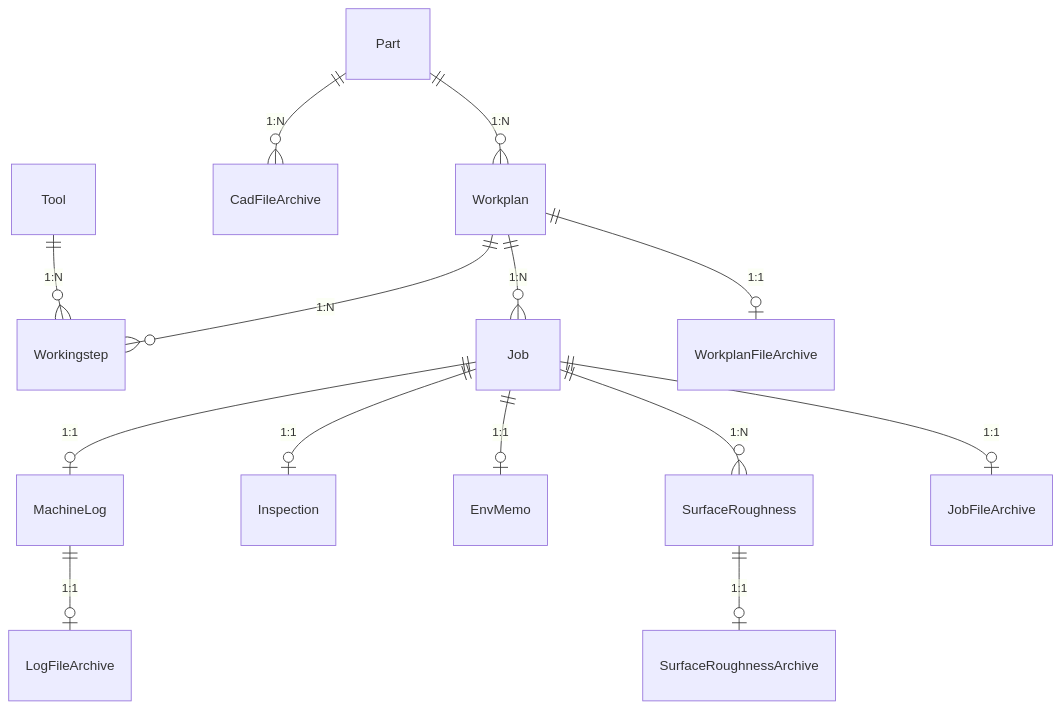
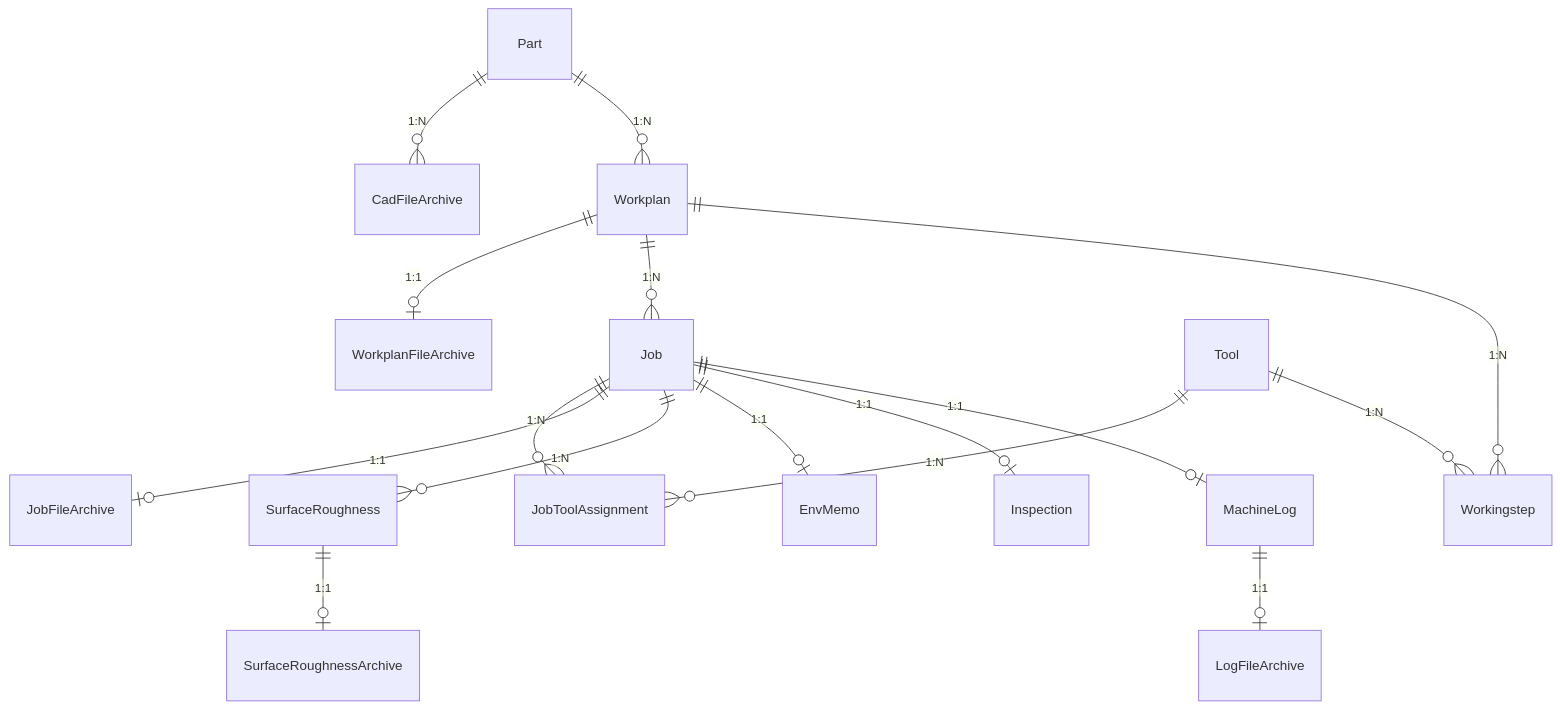
The diagram in README.md (OrcusExtreme/ManufacturingDB), drawn with Mermaid before and after one commit. The commit also changed other lines of this file and 32 other files, not shown here.

````diff
--- a/README.md
+++ b/README.md
@@ -121,16 +132,18 @@
 ```mermaid
 erDiagram
     Part ||--o{ Workplan : "1:N"
     Part ||--o{ CadFileArchive : "1:N"
     Workplan ||--o{ Workingstep : "1:N"
     Workplan ||--o{ Job : "1:N"
     Workplan ||--o| WorkplanFileArchive : "1:1"
     Tool ||--o{ Workingstep : "1:N"
     Job ||--o| MachineLog : "1:1"
     Job ||--o| Inspection : "1:1"
     Job ||--o| EnvMemo : "1:1"
     Job ||--o{ SurfaceRoughness : "1:N"
     Job ||--o| JobFileArchive : "1:1"
+    Job ||--o{ JobToolAssignment : "1:N"
+    Tool ||--o{ JobToolAssignment : "1:N"
     SurfaceRoughness ||--o| SurfaceRoughnessArchive : "1:1"
     MachineLog ||--o| LogFileArchive : "1:1"
 ```
````
